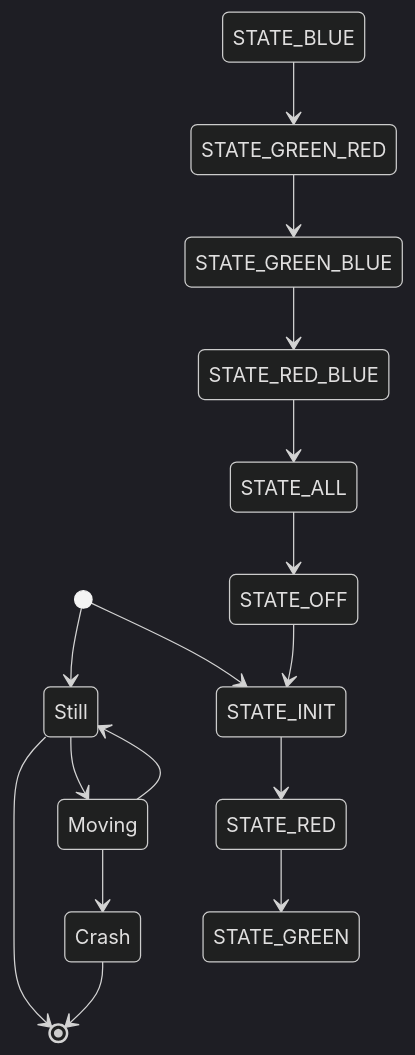
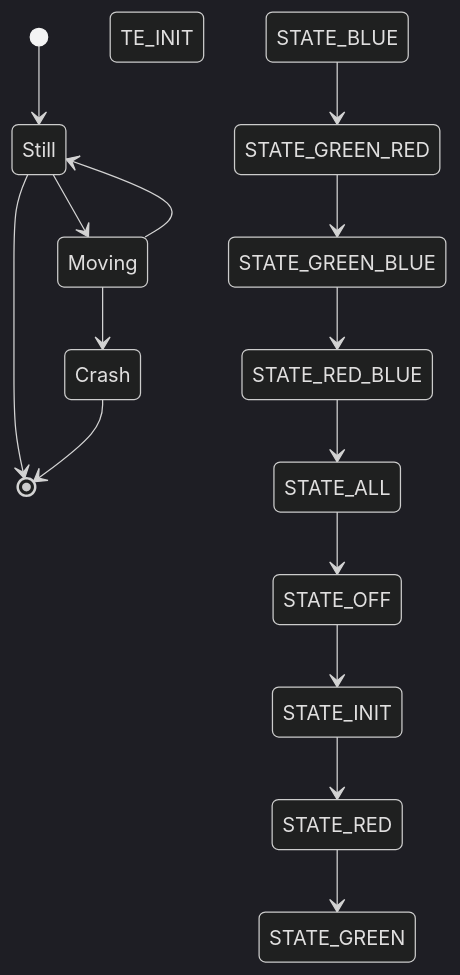
Before and after one commit to AngelMzno/iodraw-files: the diagram in all/Mapa de Estado.md, drawn with Mermaid (dark theme).

Commit message:
2024-09-03 19:36:47 update

````diff
--- a/all/Mapa de Estado.md
+++ b/all/Mapa de Estado.md
@@ -1,22 +1,22 @@
 ```mermaid
 stateDiagram-v2
     [*] --> Still
     Still --> [*]
     Still --> Moving
     Moving --> Still
     Moving --> Crash
     Crash --> [*]
 
-[*]-->STATE_INIT
+TE_INIT
 STATE_INIT --> STATE_RED
 STATE_RED --> STATE_GREEN
 STATE_BLUE -->STATE_GREEN_RED
 STATE_GREEN_RED -->STATE_GREEN_BLUE
 STATE_GREEN_BLUE-->STATE_RED_BLUE
 STATE_RED_BLUE-->STATE_ALL
 STATE_ALL-->STATE_OFF
 STATE_OFF-->STATE_INIT
 
 
 
 ```
````
